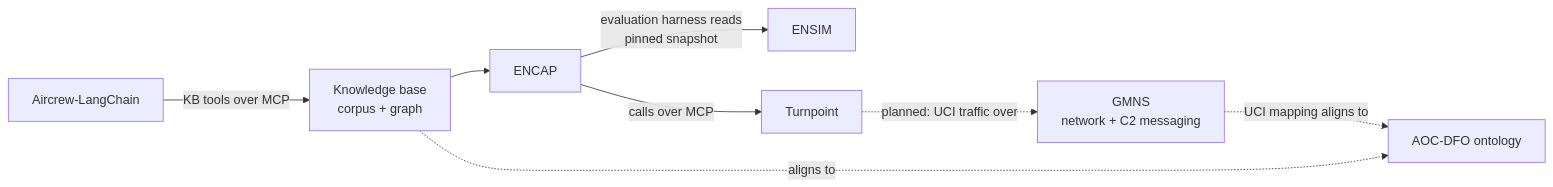
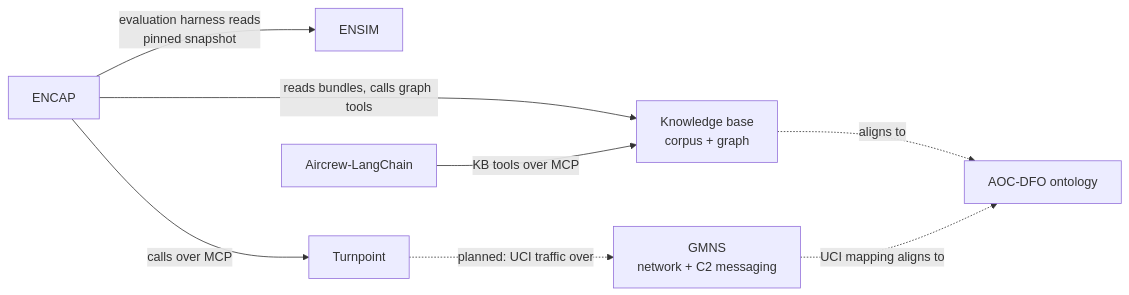
One commit to semanticarchitectures/acquisition-knowledge-system changed the diagram in .kiro/steering/portfolio.md. Above: the diagram before and after it, drawn with Mermaid. The commit also changed 7 other files, not shown here.

````diff
--- a/.kiro/steering/portfolio.md
+++ b/.kiro/steering/portfolio.md
@@ -26,10 +26,10 @@
 ```mermaid
 flowchart LR
-  KB[Knowledge base<br/>corpus + graph] --> ENCAP
+  ENCAP -->|reads bundles, calls graph tools| KB[Knowledge base<br/>corpus + graph]
   ENCAP -->|evaluation harness reads<br/>pinned snapshot| ENSIM
   ENCAP -->|calls over MCP| TP[Turnpoint]
   AL[Aircrew-LangChain] -->|KB tools over MCP| KB
   KB -.->|aligns to| AOC[AOC-DFO ontology]
   TP -.->|planned: UCI traffic over| GMNS[GMNS<br/>network + C2 messaging]
   GMNS -.->|UCI mapping aligns to| AOC
 ```
````
